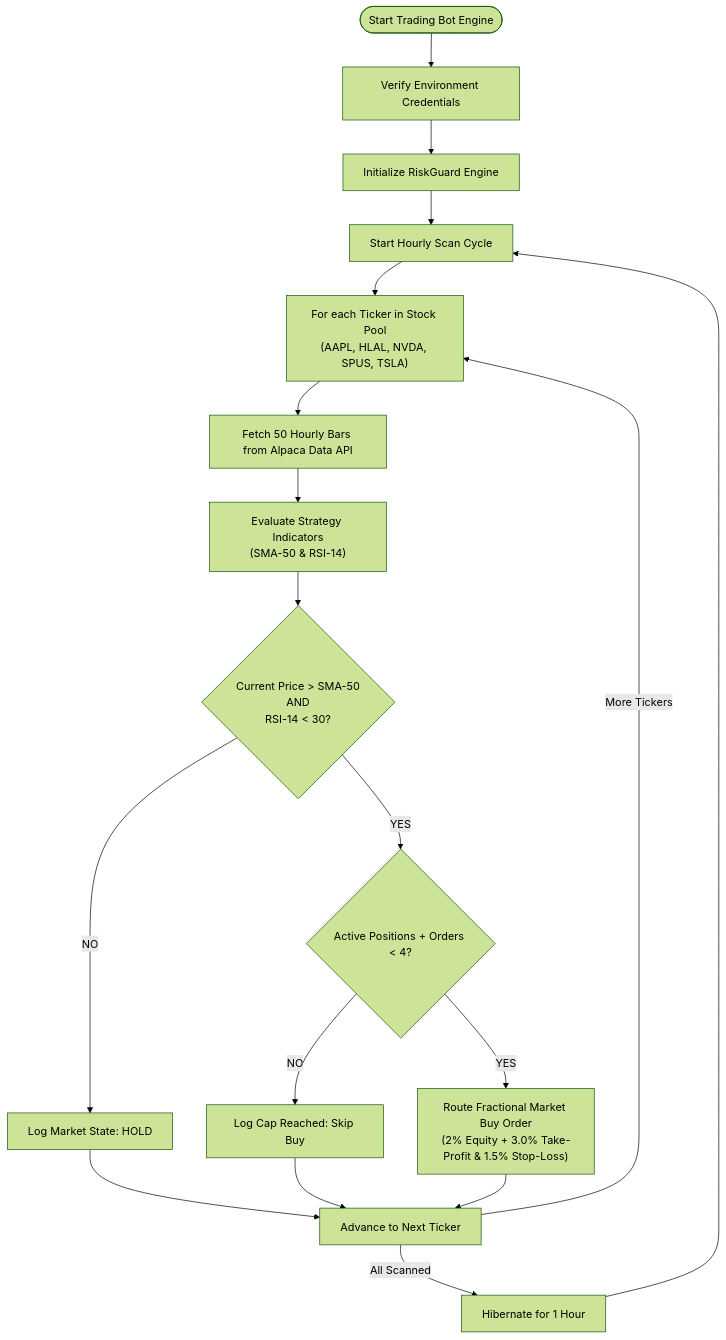
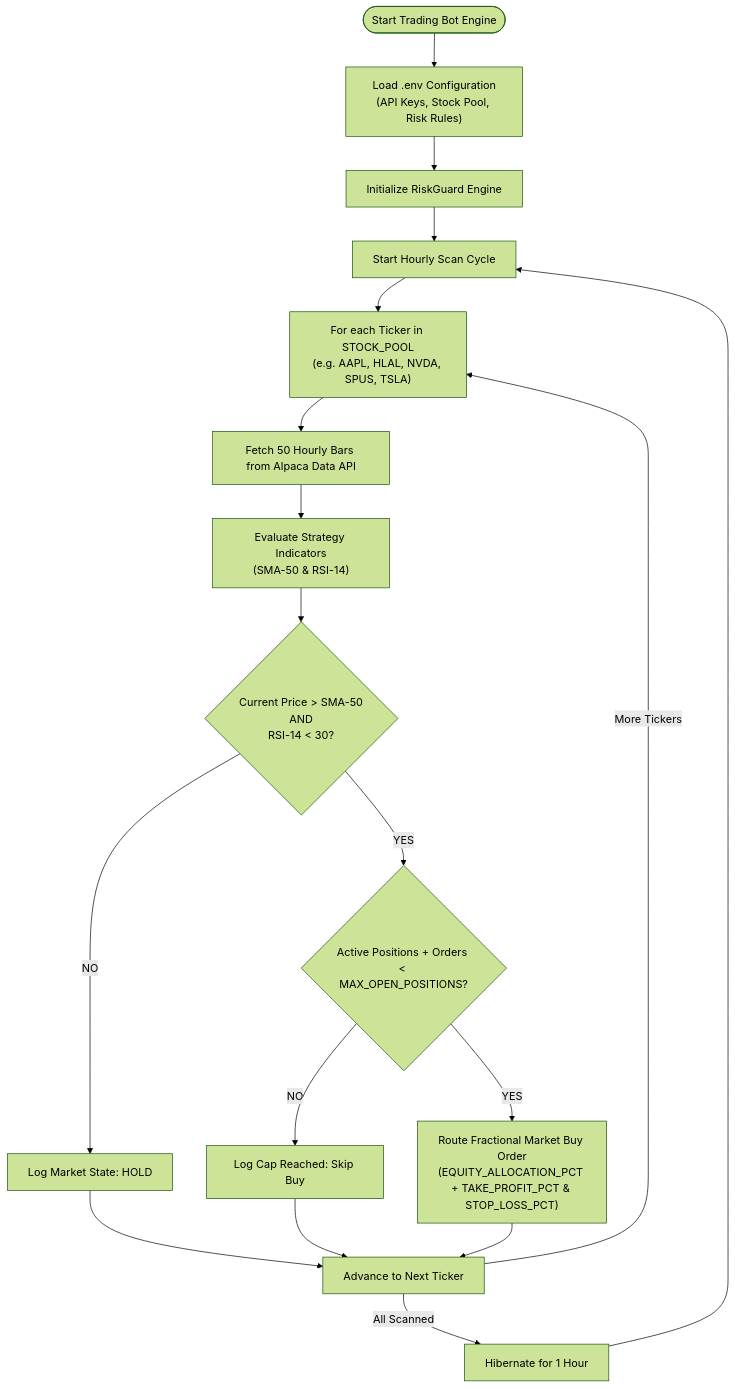
Before and after one commit to HaiqalHarona/go-tradingbot: the second of 2 diagrams in README.md, drawn with Mermaid (forest theme). The commit also changed other lines of this file and 5 other files, not shown here.

````diff
--- a/README.md
+++ b/README.md
@@ -53,26 +54,26 @@
 ```mermaid
 flowchart TD
-    Start([Start Trading Bot Engine]) --> InitEnv[Verify Environment Credentials]
+    Start([Start Trading Bot Engine]) --> InitEnv["Load .env Configuration<br/>(API Keys, Stock Pool, Risk Rules)"]
     InitEnv --> InitRG[Initialize RiskGuard Engine]
     InitRG --> LoopStart[Start Hourly Scan Cycle]
 
-    LoopStart --> ForEachTicker["For each Ticker in Stock Pool<br/>(AAPL, HLAL, NVDA, SPUS, TSLA)"]
+    LoopStart --> ForEachTicker["For each Ticker in STOCK_POOL<br/>(e.g. AAPL, HLAL, NVDA, SPUS, TSLA)"]
     ForEachTicker --> FetchData[Fetch 50 Hourly Bars from Alpaca Data API]
     FetchData --> EvalStrategy["Evaluate Strategy Indicators<br/>(SMA-50 & RSI-14)"]
     
     EvalStrategy --> Decision{Current Price > SMA-50<br/>AND<br/>RSI-14 < 30?}
     
     Decision -->|NO| Hold[Log Market State: HOLD]
-    Decision -->|YES| CheckCap{Active Positions + Orders < 4?}
+    Decision -->|YES| CheckCap{Active Positions + Orders < MAX_OPEN_POSITIONS?}
     
     CheckCap -->|NO| LimitReached[Log Cap Reached: Skip Buy]
-    CheckCap -->|YES| PlaceOrder["Route Fractional Market Buy Order<br/>(2% Equity + 3.0% Take-Profit & 1.5% Stop-Loss)"]
+    CheckCap -->|YES| PlaceOrder["Route Fractional Market Buy Order<br/>(EQUITY_ALLOCATION_PCT + TAKE_PROFIT_PCT & STOP_LOSS_PCT)"]
     
     Hold --> NextTicker[Advance to Next Ticker]
     LimitReached --> NextTicker
     PlaceOrder --> NextTicker
 
     NextTicker -->|More Tickers| ForEachTicker
     NextTicker -->|All Scanned| Sleep[Hibernate for 1 Hour]
     Sleep --> LoopStart
 ```
````
